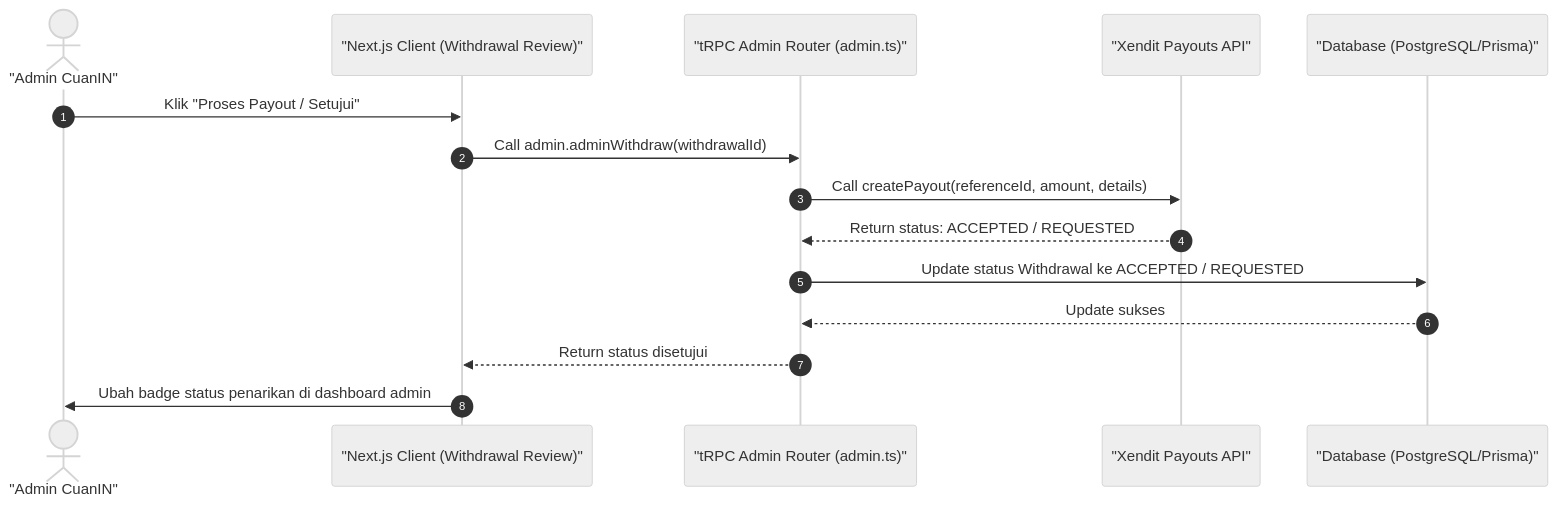
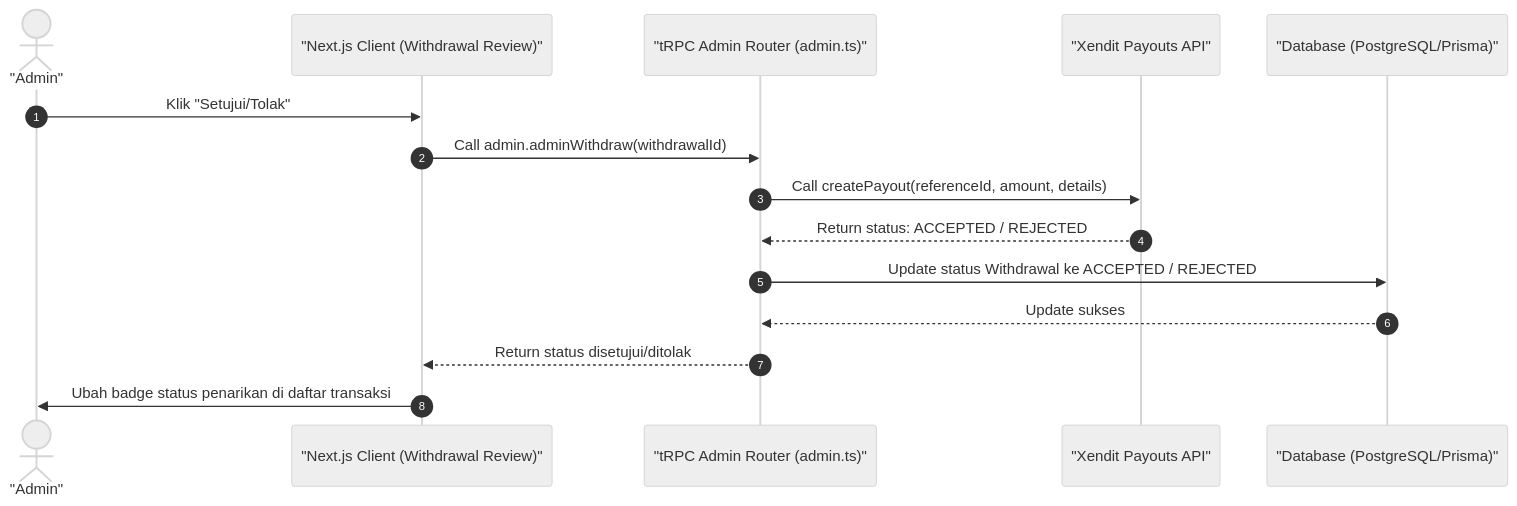
Before and after one commit to luputer/CuanIN: the diagram in docs/12-admin-withdrawal-confirm.md, drawn with Mermaid (neutral theme). The commit also changed 53 other files, not shown here.

````diff
--- a/docs/12-admin-withdrawal-confirm.md
+++ b/docs/12-admin-withdrawal-confirm.md
@@ -5,19 +5,19 @@
 ```mermaid
 sequenceDiagram
     autonumber
-    actor Admin as "Admin CuanIN"
+    actor Admin as "Admin"
     participant Client as "Next.js Client (Withdrawal Review)"
     participant Server as "tRPC Admin Router (admin.ts)"
     participant Xendit as "Xendit Payouts API"
     participant DB as "Database (PostgreSQL/Prisma)"
 
-    Admin->>Client: Klik "Proses Payout / Setujui"
+    Admin->>Client: Klik "Setujui/Tolak"
     Client->>Server: Call admin.adminWithdraw(withdrawalId)
     Server->>Xendit: Call createPayout(referenceId, amount, details)
-    Xendit-->>Server: Return status: ACCEPTED / REQUESTED
-    Server->>DB: Update status Withdrawal ke ACCEPTED / REQUESTED
+    Xendit-->>Server: Return status: ACCEPTED / REJECTED
+    Server->>DB: Update status Withdrawal ke ACCEPTED / REJECTED
     DB-->>Server: Update sukses
-    Server-->>Client: Return status disetujui
-    Client->>Admin: Ubah badge status penarikan di dashboard admin
+    Server-->>Client: Return status disetujui/ditolak
+    Client->>Admin: Ubah badge status penarikan di daftar transaksi
 
 ```
````
